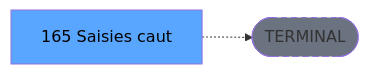
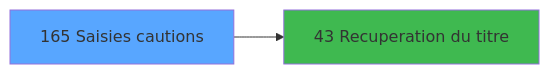
One commit to thonyAGP/magic-migration changed the third of 3 diagrams in .openspec/specs/ADH-IDE-165.md. Above: the diagram before and after it, drawn with Mermaid. The commit also changed other lines of this file and 253 other files, not shown here.

````diff
--- a/.openspec/specs/ADH-IDE-165.md
+++ b/.openspec/specs/ADH-IDE-165.md
@@ -136,8 +543,8 @@
 ```mermaid
 graph LR
-    T[165    Saisies caut]
-    TERM([TERMINAL])
-    T -.-> TERM
-    style TERM fill:#6b7280,stroke-dasharray: 5 5
-    style T fill:#58a6ff,color:#000
+    T165[165 Saisies cautions]
+    style T165 fill:#58a6ff
+    C43[43 Recuperation du titre]
+    T165 --> C43
+    style C43 fill:#3fb950
 ```
````
